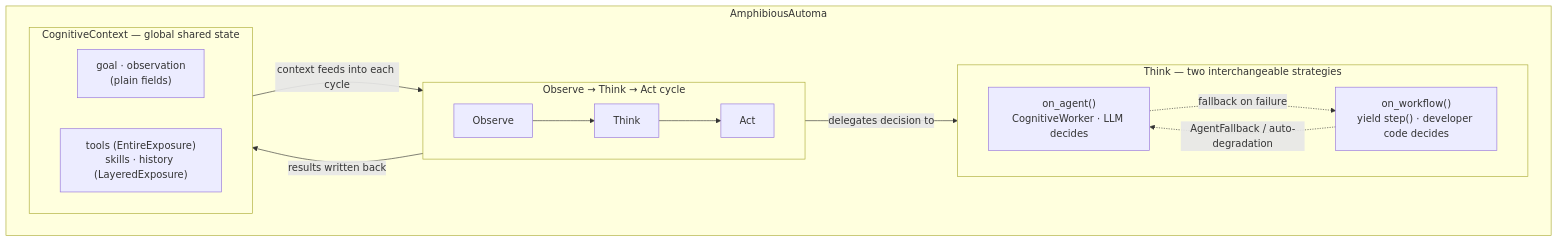
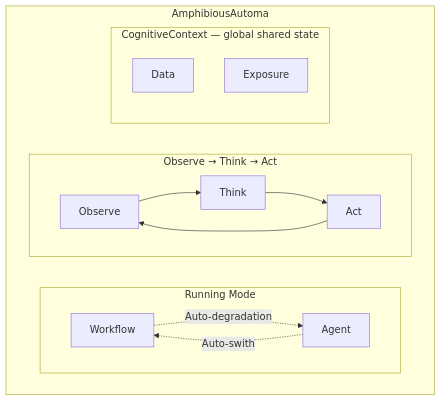
Before and after one commit to bitsky-tech/bridgic: the diagram in packages/bridgic-amphibious/README.md, drawn with Mermaid. The commit also changed other lines of this file and 3 other files, not shown here.

````diff
--- a/packages/bridgic-amphibious/README.md
+++ b/packages/bridgic-amphibious/README.md
@@ -74,32 +74,23 @@
 ```mermaid
 graph TB
     subgraph AmphibiousAutoma
-
-        subgraph Row1["CognitiveContext — global shared state"]
+        subgraph Row1["Running Mode"]
             direction LR
-            data["goal · observation\n(plain fields)"]
-            exposure["tools (EntireExposure)\nskills · history (LayeredExposure)"]
+            Workflow -. "Auto-degradation" .-> Agent
+            Agent -. "Auto-swith" .-> Workflow
         end
 
-        subgraph Row2["Observe → Think → Act cycle"]
+        subgraph Row2["Observe → Think → Act "]
             direction LR
             Observe["Observe"]
             Think["Think"]
             Act["Act"]
-            Observe --> Think --> Act
+            Observe --> Think --> Act --> Observe
         end
 
-        subgraph Row3["Think — two interchangeable strategies"]
-            direction LR
-            LLM["on_agent()\nCognitiveWorker · LLM decides"]
-            Code["on_workflow()\nyield step() · developer code decides"]
-            LLM -. "fallback on failure" .-> Code
-            Code -. "AgentFallback / auto-degradation" .-> LLM
+        subgraph Row3["CognitiveContext — global shared state"]
+            Data
+            Exposure
         end
-
-        Row1 -- "context feeds into each cycle" --> Row2
-        Think -- "delegates decision to" --> Row3
-        Act -- "results written back" --> Row1
-
     end
 ```
````
